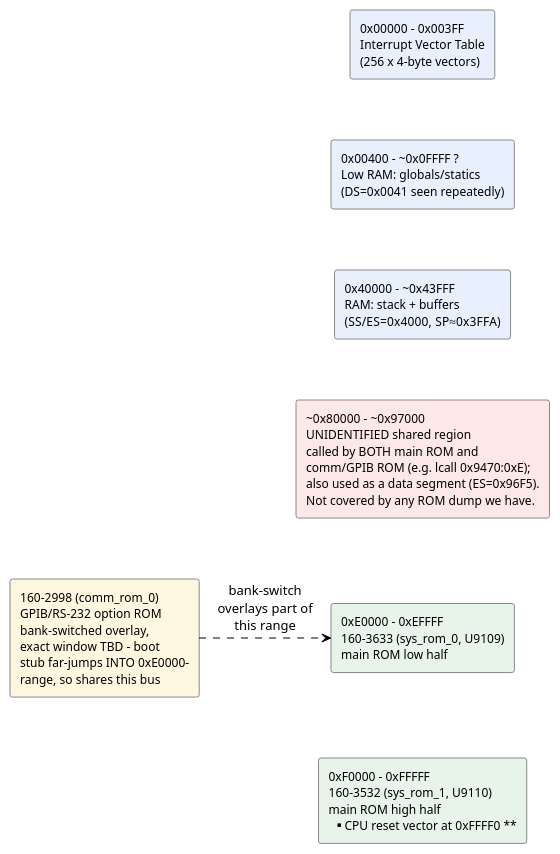
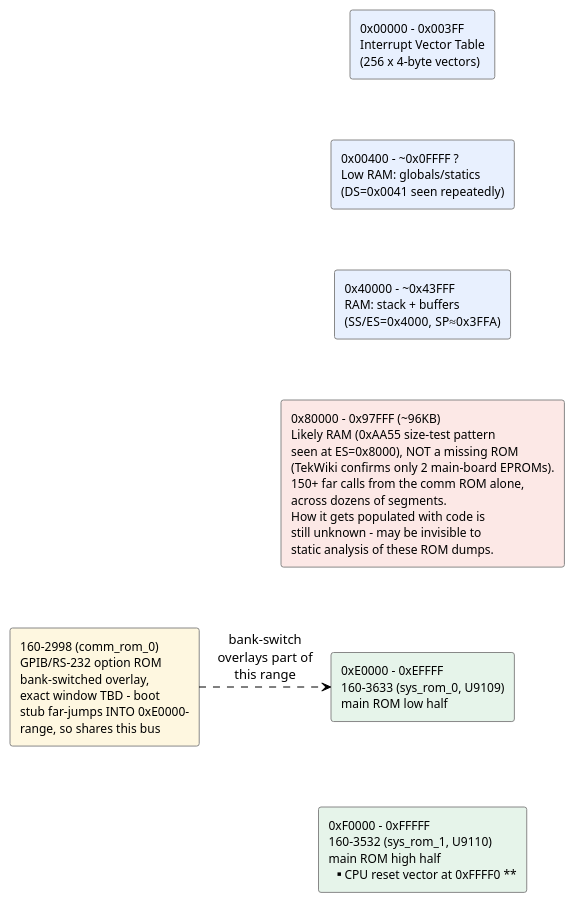
Before and after one commit to Mwwhited-BookLearning/tektronix-2230: the diagram in MEMORY_MAP.md, drawn with PlantUML. The commit also changed other lines of this file and 3 other files, not shown here.

First line of the commit message:
Confirm the 0x80000-0x97FFF region is RAM, not a missing ROM

````diff
--- a/MEMORY_MAP.md
+++ b/MEMORY_MAP.md
@@ -10,24 +10,24 @@
 ```plantuml
 @startuml
 !theme plain
 skinparam backgroundColor transparent
 skinparam rectangle {
   BorderColor #888
   FontSize 12
 }
 rectangle "0x00000 - 0x003FF\nInterrupt Vector Table\n(256 x 4-byte vectors)" as IVT #E8F0FE
 rectangle "0x00400 - ~0x0FFFF ?\nLow RAM: globals/statics\n(DS=0x0041 seen repeatedly)" as LORAM #E8F0FE
 rectangle "0x40000 - ~0x43FFF\nRAM: stack + buffers\n(SS/ES=0x4000, SP≈0x3FFA)" as STACKRAM #E8F0FE
-rectangle "~0x80000 - ~0x97000\nUNIDENTIFIED shared region\ncalled by BOTH main ROM and\ncomm/GPIB ROM (e.g. lcall 0x9470:0xE);\nalso used as a data segment (ES=0x96F5).\nNot covered by any ROM dump we have." as MYSTERY #FCE8E6
+rectangle "0x80000 - 0x97FFF (~96KB)\nLikely RAM (0xAA55 size-test pattern\nseen at ES=0x8000), NOT a missing ROM\n(TekWiki confirms only 2 main-board EPROMs).\n150+ far calls from the comm ROM alone,\nacross dozens of segments.\nHow it gets populated with code is\nstill unknown - may be invisible to\nstatic analysis of these ROM dumps." as MYSTERY #FCE8E6
 rectangle "0xE0000 - 0xEFFFF\n160-3633 (sys_rom_0, U9109)\nmain ROM low half" as ROM_LOW #E6F4EA
 rectangle "0xF0000 - 0xFFFFF\n160-3532 (sys_rom_1, U9110)\nmain ROM high half\n** CPU reset vector at 0xFFFF0 **" as ROM_HIGH #E6F4EA
 rectangle "160-2998 (comm_rom_0)\nGPIB/RS-232 option ROM\nbank-switched overlay,\nexact window TBD - boot\nstub far-jumps INTO 0xE0000-\nrange, so shares this bus" as COMMROM #FEF7E0
 
 IVT -[hidden]down- LORAM
 LORAM -[hidden]down- STACKRAM
 STACKRAM -[hidden]down- MYSTERY
 MYSTERY -[hidden]down- ROM_LOW
 ROM_LOW -[hidden]down- ROM_HIGH
 COMMROM .right.> ROM_LOW : bank-switch\noverlays part of\nthis range
 @enduml
 ```
````
